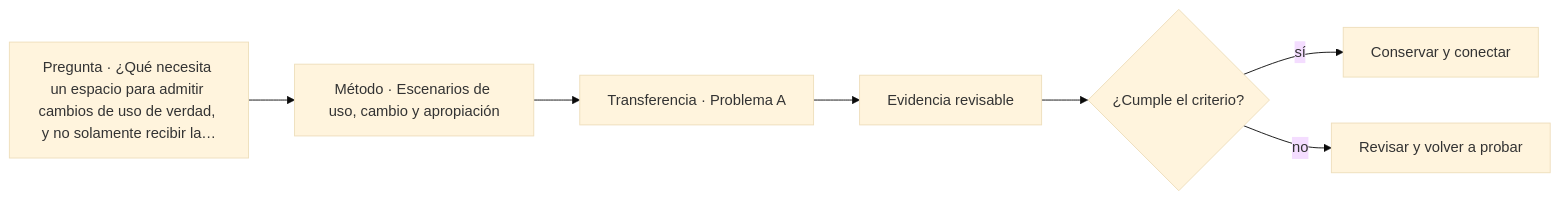
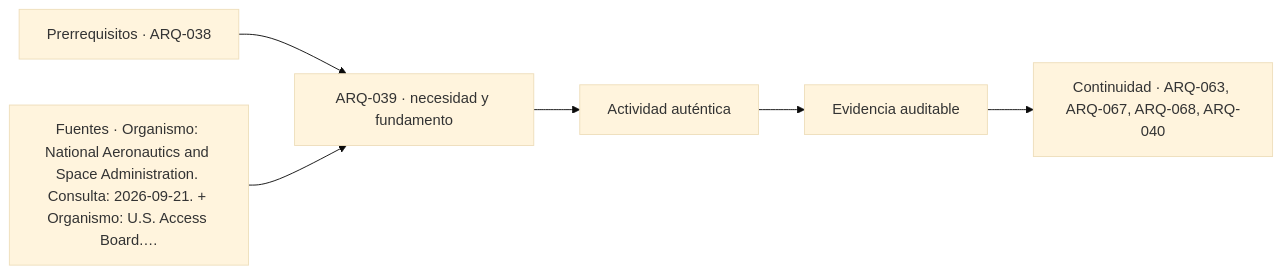
The diagram in classes/parte-04/ARQ-039.md (vladimiracunadev-create/architecture-built-environment-learning-program), drawn with Mermaid (base theme) before and after one commit. The commit also changed other lines of this file and 761 other files, not shown here.

````diff
--- a/classes/parte-04/ARQ-039.md
+++ b/classes/parte-04/ARQ-039.md
@@ -149,9 +161,8 @@
 ```mermaid
 flowchart LR
-    Q["Pregunta · ¿Qué necesita un espacio para admitir cambios de uso de verdad, y no solamente recibir la…"] --> M["Método · Escenarios de uso, cambio y apropiación"]
-    M --> P["Transferencia · Problema A"]
-    P --> E["Evidencia revisable"]
-    E --> C{"¿Cumple el criterio?"}
-    C -->|sí| T["Conservar y conectar"]
-    C -->|no| R["Revisar y volver a probar"]
+    A["Prerrequisitos · ARQ-038"] --> B["ARQ-039 · necesidad y fundamento"]
+    S["Fuentes · Organismo: National Aeronautics and Space Administration. Consulta: 2026-09-21. + Organismo: U.S. Access Board.…"] --> B
+    B --> C["Actividad auténtica"]
+    C --> D["Evidencia auditable"]
+    D --> E["Continuidad · ARQ-063, ARQ-067, ARQ-068, ARQ-040"]
 ```
````
